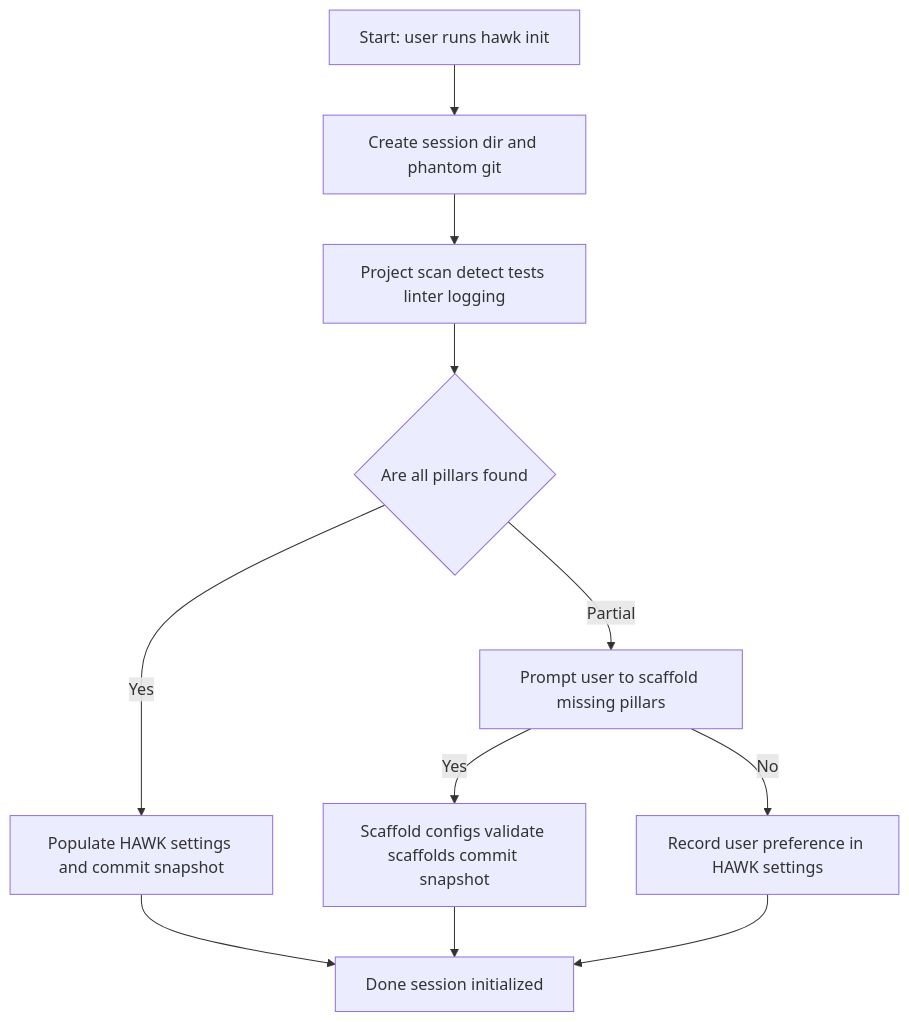
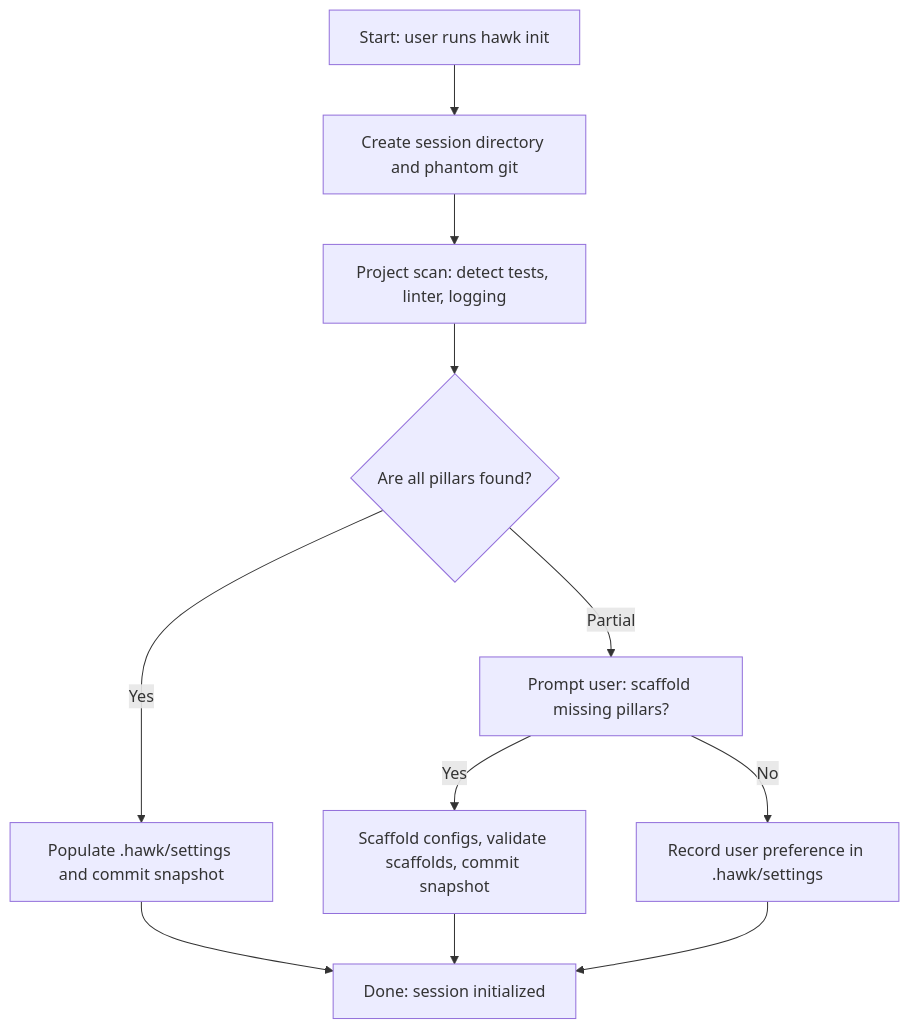
One commit to dabstractor/ai-scripts changed the first of 2 diagrams in prd_pipeline/PRD.md. Above: the diagram before and after it, drawn with Mermaid. The commit also changed other lines of this file, not shown here.

`````diff
--- a/prd_pipeline/PRD.md
+++ b/prd_pipeline/PRD.md
@@ -539,13 +58,14 @@
 ```mermaid
 flowchart TD
-  Start[Start: user runs hawk init] --> CreateSession[Create session dir and phantom git]
-  CreateSession --> ProjectScan[Project scan detect tests linter logging]
-  ProjectScan --> PillarsFound{Are all pillars found}
-  PillarsFound -- Yes --> Populate[Populate HAWK settings and commit snapshot]
-  PillarsFound -- Partial --> PromptUser[Prompt user to scaffold missing pillars]
-  PromptUser -- Yes --> Scaffold[Scaffold configs validate scaffolds commit snapshot]
-  PromptUser -- No --> RecordPref[Record user preference in HAWK settings]
-  Populate --> Done[Done session initialized]
+  Start[Start: user runs hawk init] --> CreateSession[Create session directory and phantom git]
+  CreateSession --> ProjectScan[Project scan: detect tests, linter, logging]
+  ProjectScan --> PillarsFound{Are all pillars found?}
+  PillarsFound -- Yes --> Populate[Populate .hawk/settings and commit snapshot]
+  PillarsFound -- Partial --> PromptUser[Prompt user: scaffold missing pillars?]
+  PromptUser -- Yes --> Scaffold[Scaffold configs, validate scaffolds, commit snapshot]
+  PromptUser -- No --> RecordPref[Record user preference in .hawk/settings]
+  Populate --> Done[Done: session initialized]
   Scaffold --> Done
   RecordPref --> Done
-```
+
+````
`````
